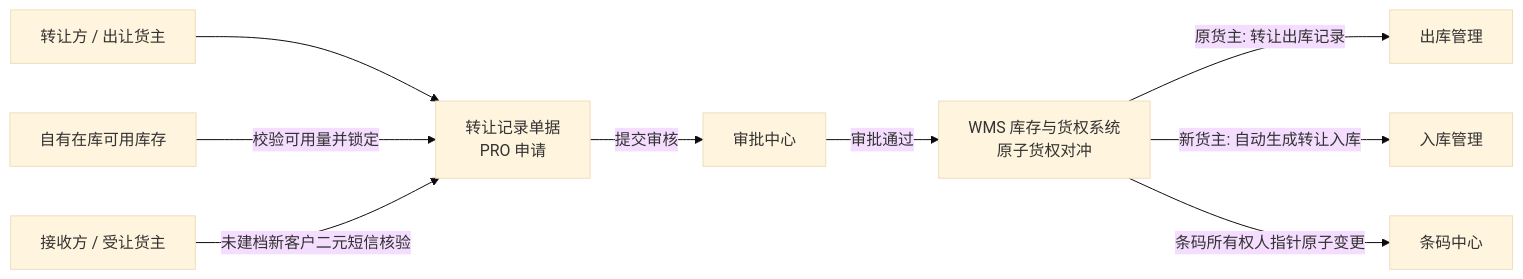
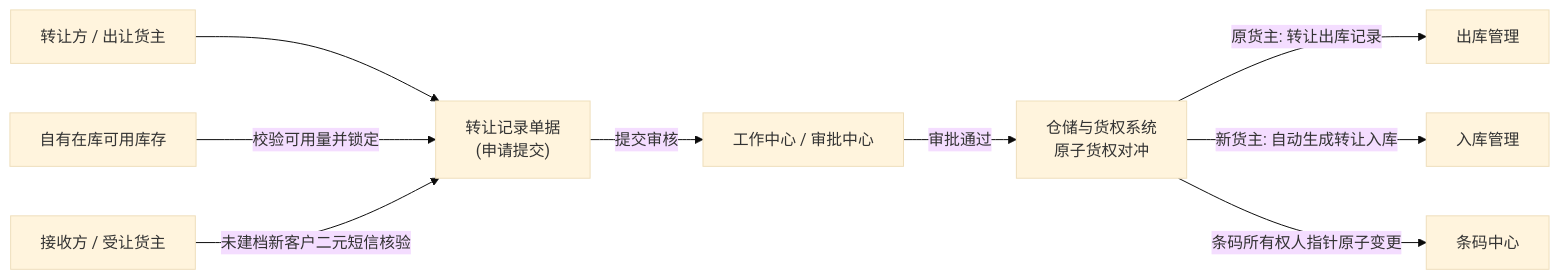
Before and after one commit to RobertHuang999/SYZC: the diagram in 02-PRD文档/🌟🌟🌟-最新基准版/B端PC/02-仓储/12-货物转让-转让记录/转让记录主PRD.md, drawn with Mermaid (base theme). The commit also changed other lines of this file and 264 other files, not shown here.

````diff
--- a/02-PRD文档/🌟🌟🌟-最新基准版/B端PC/02-仓储/12-货物转让-转让记录/转让记录主PRD.md
+++ b/02-PRD文档/🌟🌟🌟-最新基准版/B端PC/02-仓储/12-货物转让-转让记录/转让记录主PRD.md
@@ -32,11 +32,11 @@
 ```mermaid
 flowchart LR
-    A[转让方 / 出让货主] --> D[转让记录单据<br/>PRO 申请]
+    A[转让方 / 出让货主] --> D["转让记录单据<br/>(申请提交)"]
     B[自有在库可用库存] -->|校验可用量并锁定| D
     C[接收方 / 受让货主] -->|未建档新客户二元短信核验| D
-    D -->|提交审核| E[审批中心]
-    E -->|审批通过| F[WMS 库存与货权系统<br/>原子货权对冲]
+    D -->|提交审核| E[工作中心 / 审批中心]
+    E -->|审批通过| F["仓储与货权系统<br/>原子货权对冲"]
     F -->|原货主: 转让出库记录| G[出库管理]
     F -->|新货主: 自动生成转让入库| H[入库管理]
     F -->|条码所有权人指针原子变更| I[条码中心]
 ```
````
